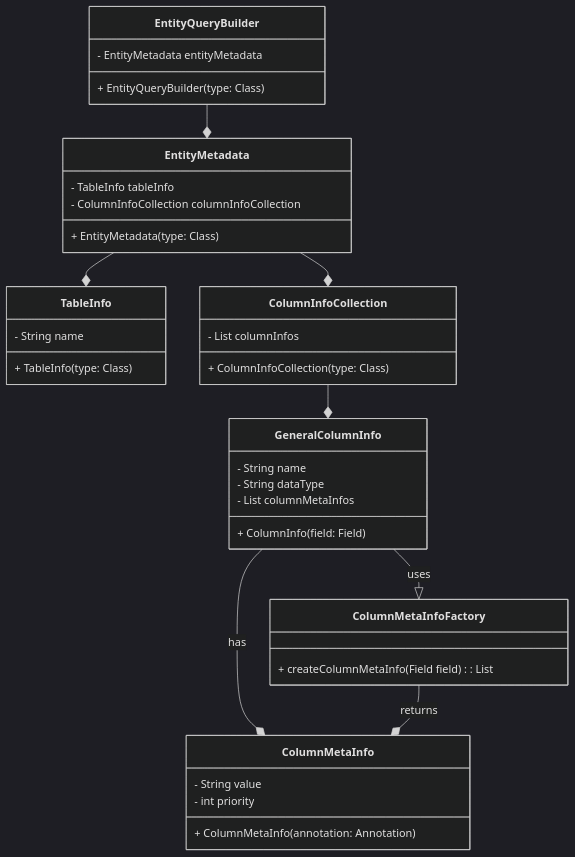
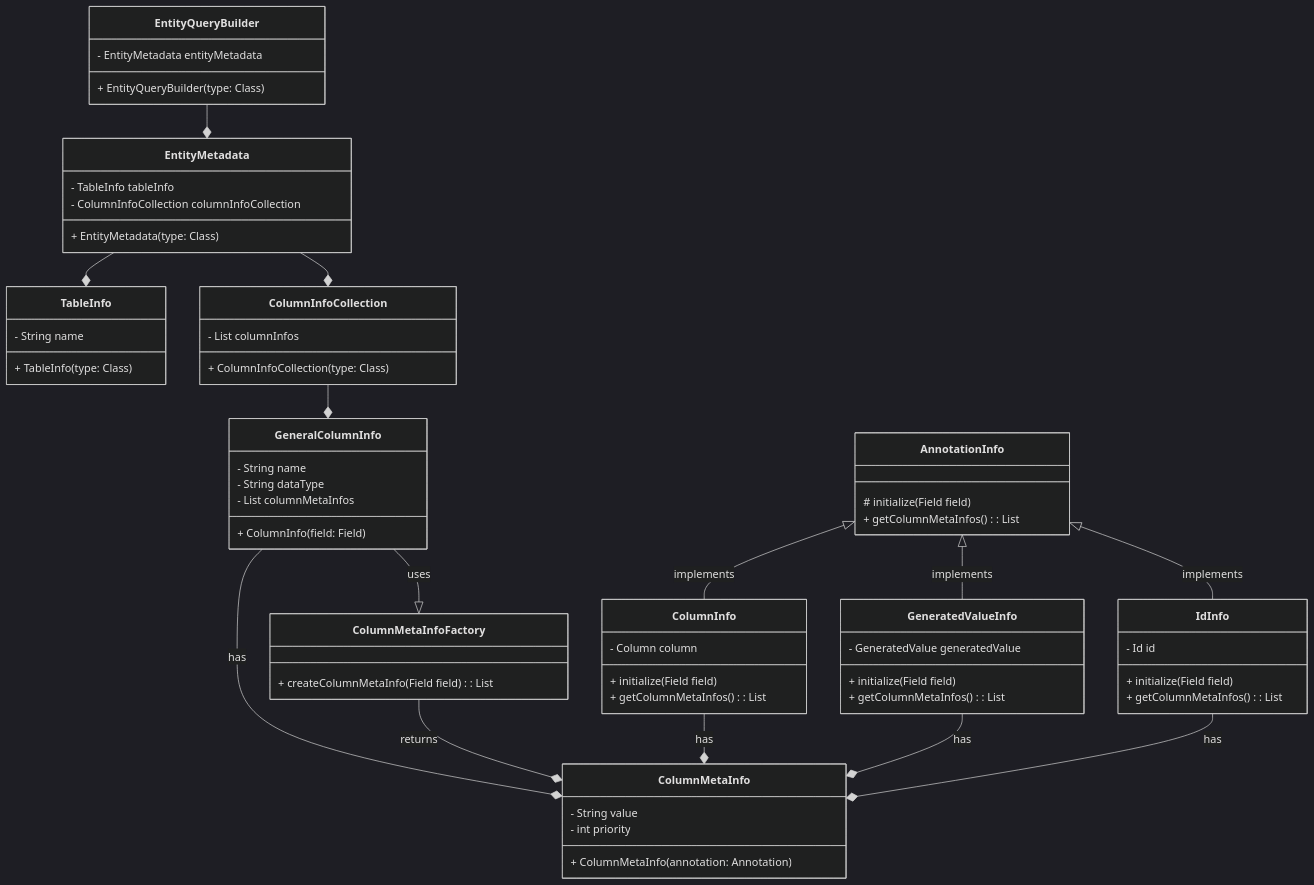
One commit to next-step/jpa-query-builder changed the diagram in README.md. Above: the diagram before and after it, drawn with Mermaid (dark theme).

Commit message:
docs : README.md 파일 수정 - AnnotationInfo 리팩토링 한 부분

````diff
--- a/README.md
+++ b/README.md
@@ -5,42 +5,68 @@
 ```mermaid
 classDiagram
     class EntityQueryBuilder {
         - EntityMetadata entityMetadata
         + EntityQueryBuilder(type: Class<?>)
     }
     class EntityMetadata {
         - TableInfo tableInfo
         - ColumnInfoCollection columnInfoCollection
         + EntityMetadata(type: Class<?>)
     }
     class TableInfo {
         - String name
         + TableInfo(type: Class<?>)
     }
     class ColumnInfoCollection {
         - List<GeneralColumnInfo> columnInfos
         + ColumnInfoCollection(type: Class<?>)
     }
     class GeneralColumnInfo {
         - String name
         - String dataType
         - List<ColumnMetaInfo> columnMetaInfos
         + ColumnInfo(field: Field)
     }
     class ColumnMetaInfoFactory {
         + createColumnMetaInfo(Field field): List<ColumnMetaInfo>
     }
     class ColumnMetaInfo {
         - String value
         - int priority
         + ColumnMetaInfo(annotation: Annotation)
     }
+    class AnnotationInfo {
+        # initialize(Field field)
+        + getColumnMetaInfos(): List<ColumnMetaInfo>
+    }
+    class ColumnInfo {
+        - Column column
+        + initialize(Field field)
+        + getColumnMetaInfos(): List<ColumnMetaInfo>
+
+    }
+    class GeneratedValueInfo {
+        - GeneratedValue generatedValue
+        + initialize(Field field)
+        + getColumnMetaInfos(): List<ColumnMetaInfo>
+    }
+    class IdInfo {
+        - Id id
+        + initialize(Field field)
+        + getColumnMetaInfos(): List<ColumnMetaInfo>
+    }
 
     EntityQueryBuilder --* EntityMetadata
     EntityMetadata --* TableInfo
     EntityMetadata --* ColumnInfoCollection
     ColumnInfoCollection --* GeneralColumnInfo
     GeneralColumnInfo --|> ColumnMetaInfoFactory : uses
     GeneralColumnInfo --* ColumnMetaInfo : has
     ColumnMetaInfoFactory --* ColumnMetaInfo : returns
+    AnnotationInfo <|-- ColumnInfo : implements
+    AnnotationInfo <|-- GeneratedValueInfo : implements
+    AnnotationInfo <|-- IdInfo : implements
+    ColumnInfo --* ColumnMetaInfo : has
+    GeneratedValueInfo --* ColumnMetaInfo : has
+    IdInfo --* ColumnMetaInfo : has
 ```
````
